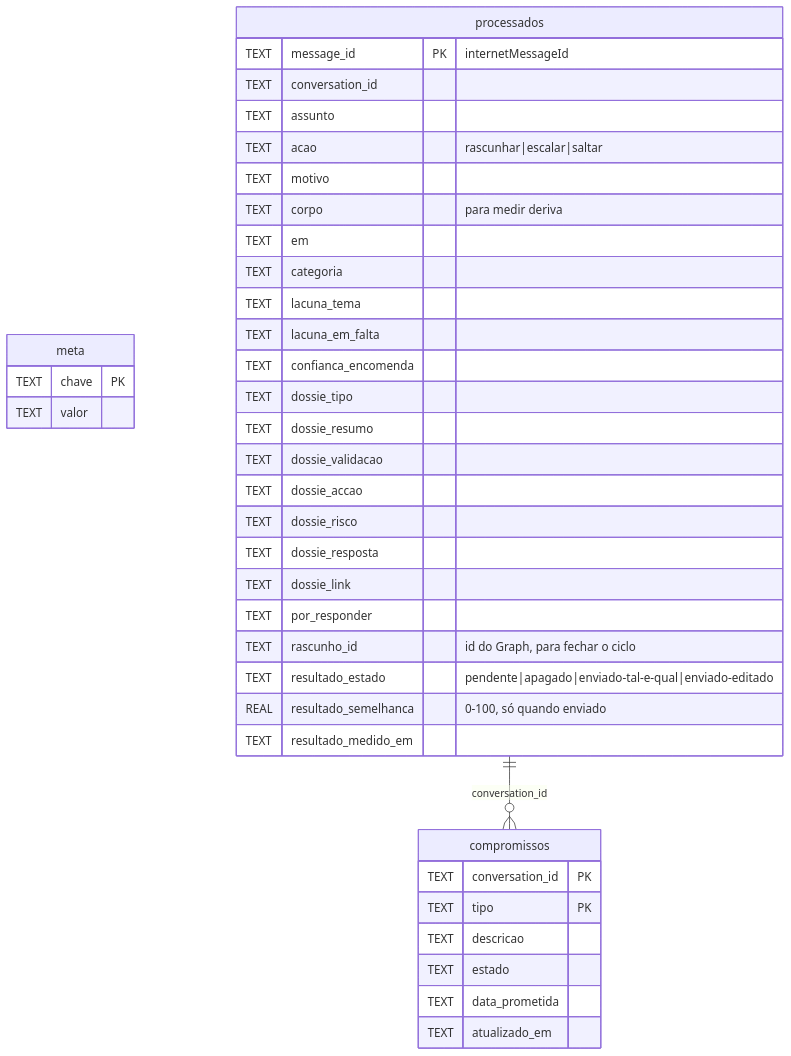
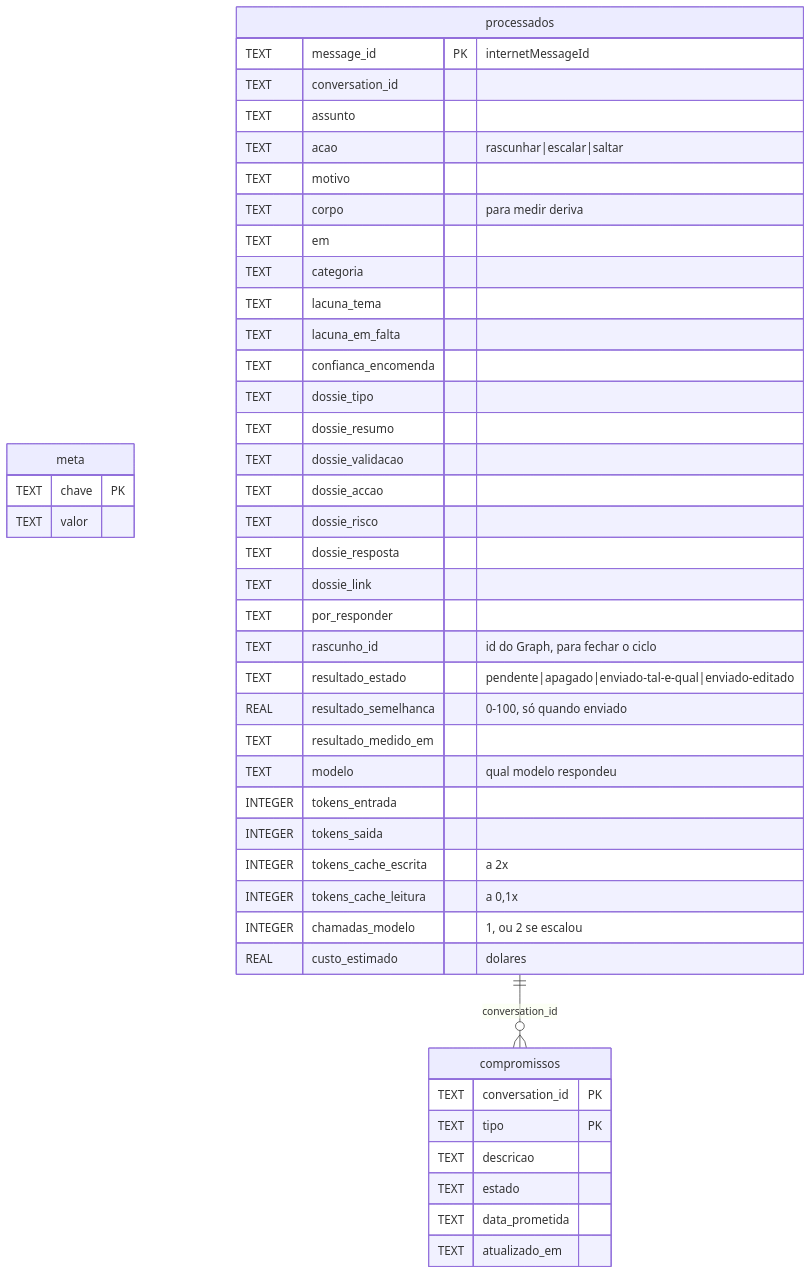
Before and after one commit to joaocarvalhini/Outlook-Reply-Assistant: the third of 5 diagrams in docs/02-architecture/data-flow.md, drawn with Mermaid. The commit also changed other lines of this file and 13 other files, not shown here.

````diff
--- a/docs/02-architecture/data-flow.md
+++ b/docs/02-architecture/data-flow.md
@@ -114,41 +114,48 @@
 ```mermaid
 erDiagram
     meta {
         TEXT chave PK
         TEXT valor
     }
     processados {
         TEXT message_id PK "internetMessageId"
         TEXT conversation_id
         TEXT assunto
         TEXT acao "rascunhar|escalar|saltar"
         TEXT motivo
         TEXT corpo "para medir deriva"
         TEXT em
         TEXT categoria
         TEXT lacuna_tema
         TEXT lacuna_em_falta
         TEXT confianca_encomenda
         TEXT dossie_tipo
         TEXT dossie_resumo
         TEXT dossie_validacao
         TEXT dossie_accao
         TEXT dossie_risco
         TEXT dossie_resposta
         TEXT dossie_link
         TEXT por_responder
         TEXT rascunho_id "id do Graph, para fechar o ciclo"
         TEXT resultado_estado "pendente|apagado|enviado-tal-e-qual|enviado-editado"
         REAL resultado_semelhanca "0-100, só quando enviado"
         TEXT resultado_medido_em
+        TEXT modelo "qual modelo respondeu"
+        INTEGER tokens_entrada
+        INTEGER tokens_saida
+        INTEGER tokens_cache_escrita "a 2x"
+        INTEGER tokens_cache_leitura "a 0,1x"
+        INTEGER chamadas_modelo "1, ou 2 se escalou"
+        REAL custo_estimado "dolares"
     }
     compromissos {
         TEXT conversation_id PK
         TEXT tipo PK
         TEXT descricao
         TEXT estado
         TEXT data_prometida
         TEXT atualizado_em
     }
     processados ||--o{ compromissos : "conversation_id"
 ```
````
